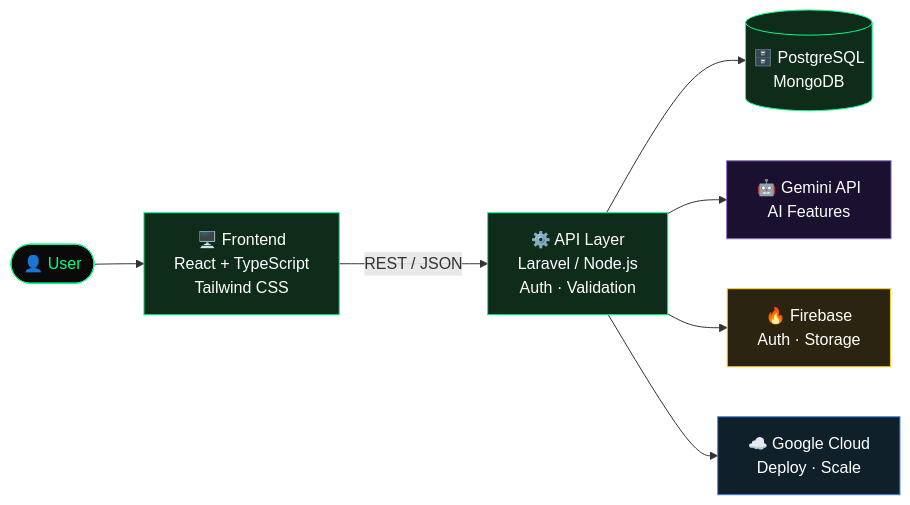
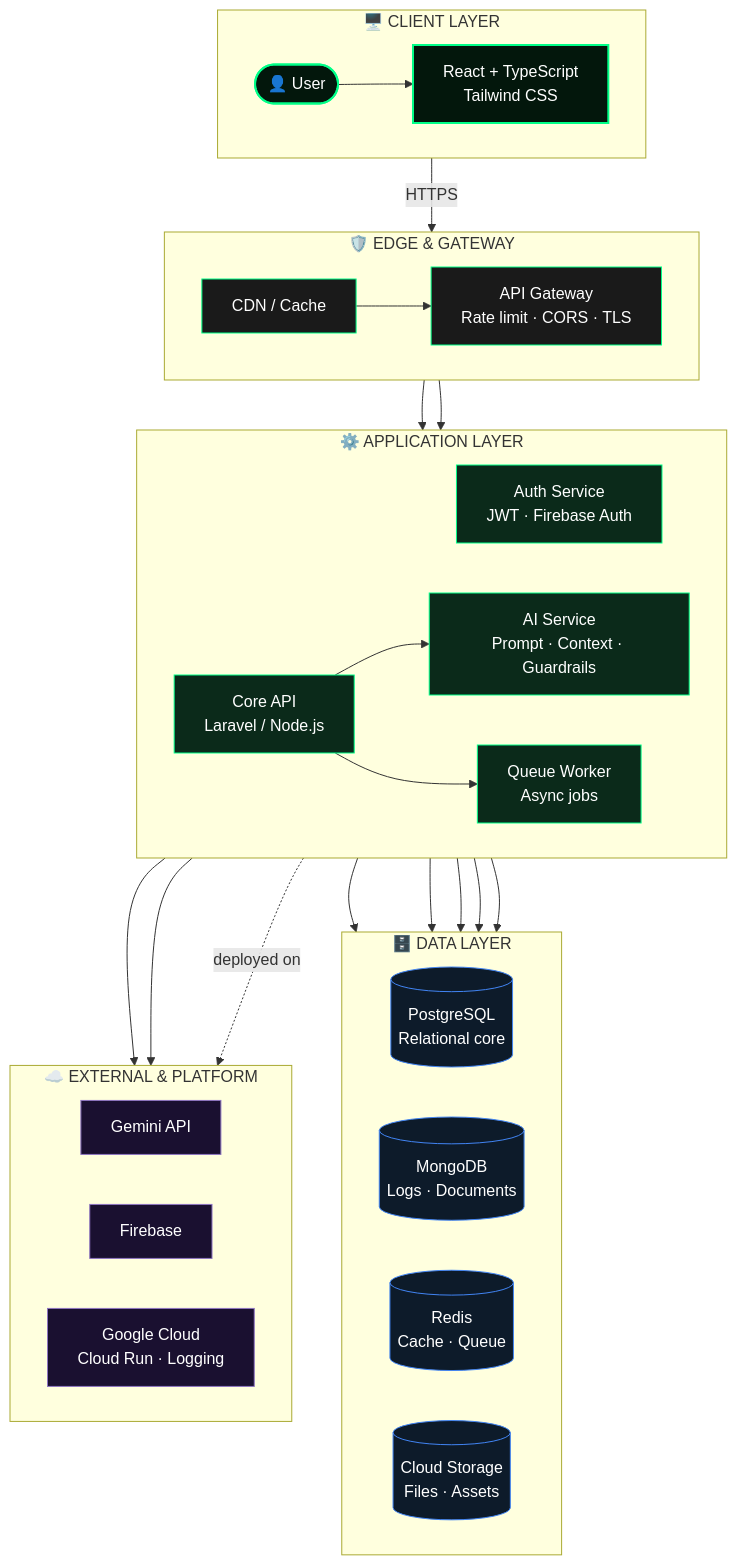
One commit to samuelindra123/samuelindra123 changed the first of 4 diagrams in README.md. Above: the diagram before and after it, drawn with Mermaid. The commit also changed other lines of this file, not shown here.

````diff
--- a/README.md
+++ b/README.md
@@ -82,17 +99,60 @@
 ```mermaid
-flowchart LR
-    U([👤 User]) --> FE["🖥️ Frontend<br/>React + TypeScript<br/>Tailwind CSS"]
-    FE -->|REST / JSON| API["⚙️ API Layer<br/>Laravel / Node.js<br/>Auth · Validation"]
-    API --> DB[("🗄️ PostgreSQL<br/>MongoDB")]
-    API --> AI["🤖 Gemini API<br/>AI Features"]
-    API --> FB["🔥 Firebase<br/>Auth · Storage"]
-    API --> GCP["☁️ Google Cloud<br/>Deploy · Scale"]
+flowchart TB
+    subgraph CLIENT["🖥️ CLIENT LAYER"]
+        direction LR
+        U(["👤 User"]) --> WEB["React + TypeScript<br/>Tailwind CSS"]
+    end
 
-    style U fill:#0a0a0a,stroke:#00ff88,color:#00ff88
-    style FE fill:#0f2b1a,stroke:#00ff88,color:#fff
-    style API fill:#0f2b1a,stroke:#00ff88,color:#fff
-    style DB fill:#0f2b1a,stroke:#00ff88,color:#fff
-    style AI fill:#1a1030,stroke:#8E75C2,color:#fff
-    style FB fill:#2b2410,stroke:#FFCA28,color:#fff
-    style GCP fill:#10202b,stroke:#4285F4,color:#fff
+    subgraph EDGE["🛡️ EDGE & GATEWAY"]
+        direction LR
+        CDN["CDN / Cache"] --> GW["API Gateway<br/>Rate limit · CORS · TLS"]
+    end
+
+    subgraph APP["⚙️ APPLICATION LAYER"]
+        direction LR
+        AUTH["Auth Service<br/>JWT · Firebase Auth"]
+        CORE["Core API<br/>Laravel / Node.js"]
+        AISVC["AI Service<br/>Prompt · Context · Guardrails"]
+        QUEUE["Queue Worker<br/>Async jobs"]
+    end
+
+    subgraph DATA["🗄️ DATA LAYER"]
+        direction LR
+        PG[("PostgreSQL<br/>Relational core")]
+        MG[("MongoDB<br/>Logs · Documents")]
+        RD[("Redis<br/>Cache · Queue")]
+        ST[("Cloud Storage<br/>Files · Assets")]
+    end
+
+    subgraph EXT["☁️ EXTERNAL & PLATFORM"]
+        direction LR
+        GEM["Gemini API"]
+        FIR["Firebase"]
+        GCP["Google Cloud<br/>Cloud Run · Logging"]
+    end
+
+    WEB -->|HTTPS| CDN
+    GW --> AUTH
+    GW --> CORE
+    CORE --> AISVC
+    CORE --> QUEUE
+    AUTH --> FIR
+    AISVC --> GEM
+    CORE --> PG
+    CORE --> RD
+    QUEUE --> RD
+    AISVC --> MG
+    CORE --> ST
+    APP -.->|deployed on| GCP
+
+    classDef client fill:#03170c,stroke:#00ff88,color:#ffffff,stroke-width:2px
+    classDef edge fill:#1a1a1a,stroke:#00ff88,color:#ffffff
+    classDef app fill:#0b2a1a,stroke:#00ff88,color:#ffffff
+    classDef data fill:#0d1b2a,stroke:#4285F4,color:#ffffff
+    classDef ext fill:#1a1030,stroke:#8E75C2,color:#ffffff
+    class U,WEB client
+    class CDN,GW edge
+    class AUTH,CORE,AISVC,QUEUE app
+    class PG,MG,RD,ST data
+    class GEM,FIR,GCP ext
 ```
````
